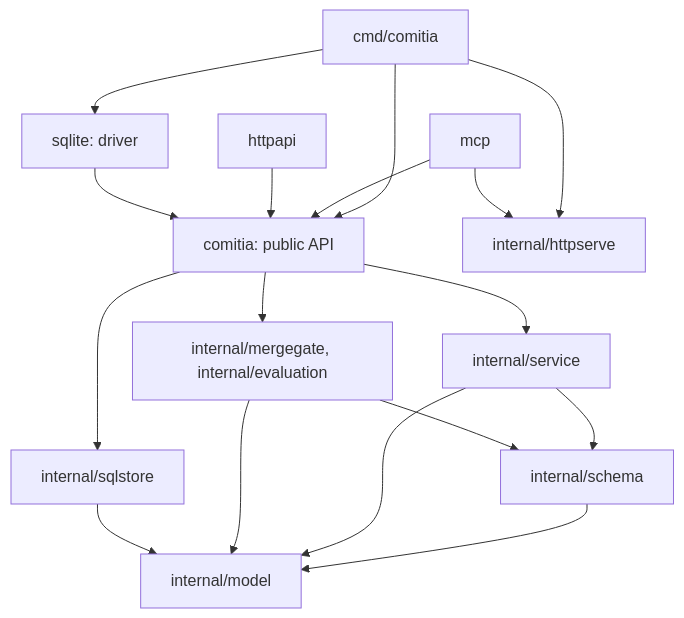
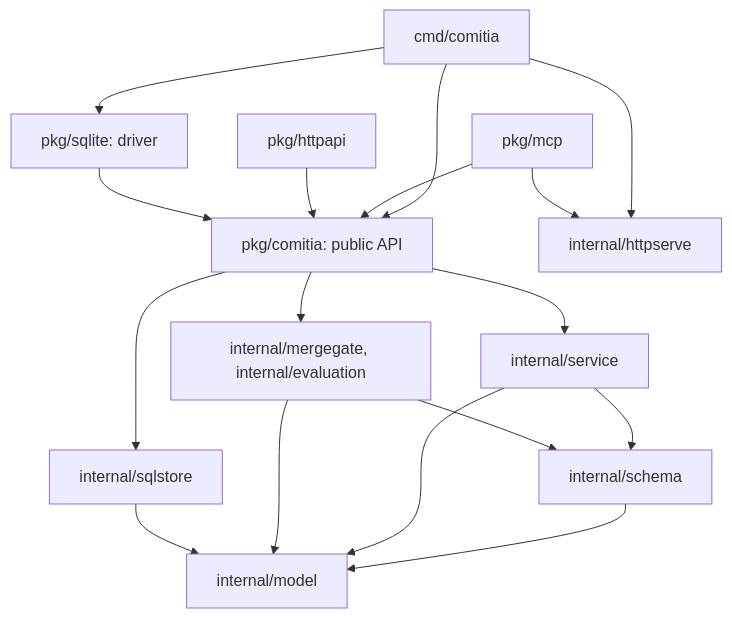
One commit to krimvp/comitia changed the diagram in docs/architecture.md. Above: the diagram before and after it, drawn with Mermaid. The commit also changed other lines of this file and 390 other files, not shown here.

First line of the commit message:
Move the public Go packages under pkg/ so the root holds no Go files (#184)

````diff
--- a/docs/architecture.md
+++ b/docs/architecture.md
@@ -13,19 +13,19 @@
 ```mermaid
 flowchart TD
-    CLI[cmd/comitia] --> ROOT[comitia: public API]
-    MCP[mcp] --> ROOT
-    HTTP[httpapi] --> ROOT
-    CLI --> DRIVER[sqlite: driver]
-    DRIVER --> ROOT
+    CLI[cmd/comitia] --> FACADE[pkg/comitia: public API]
+    MCP[pkg/mcp] --> FACADE
+    HTTP[pkg/httpapi] --> FACADE
+    CLI --> DRIVER[pkg/sqlite: driver]
+    DRIVER --> FACADE
     CLI --> SERVE[internal/httpserve]
     MCP --> SERVE
-    ROOT --> SERVICE[internal/service]
-    ROOT --> SQLSTORE[internal/sqlstore]
-    ROOT --> GATES[internal/mergegate, internal/evaluation]
+    FACADE --> SERVICE[internal/service]
+    FACADE --> SQLSTORE[internal/sqlstore]
+    FACADE --> GATES[internal/mergegate, internal/evaluation]
     SERVICE --> SCHEMA[internal/schema]
     GATES --> SCHEMA
     SCHEMA --> MODEL[internal/model]
     SERVICE --> MODEL
     GATES --> MODEL
     SQLSTORE --> MODEL
 ```
````
